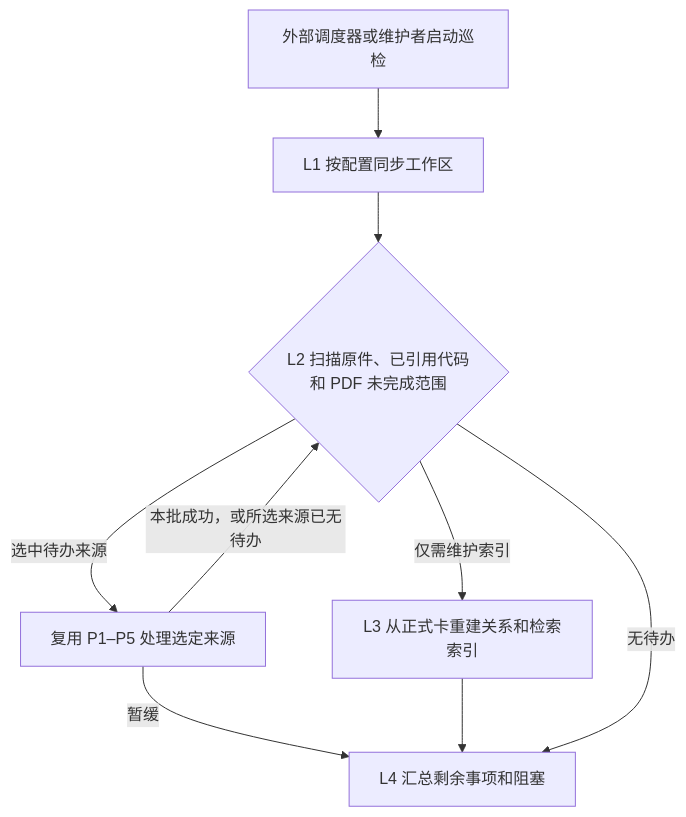
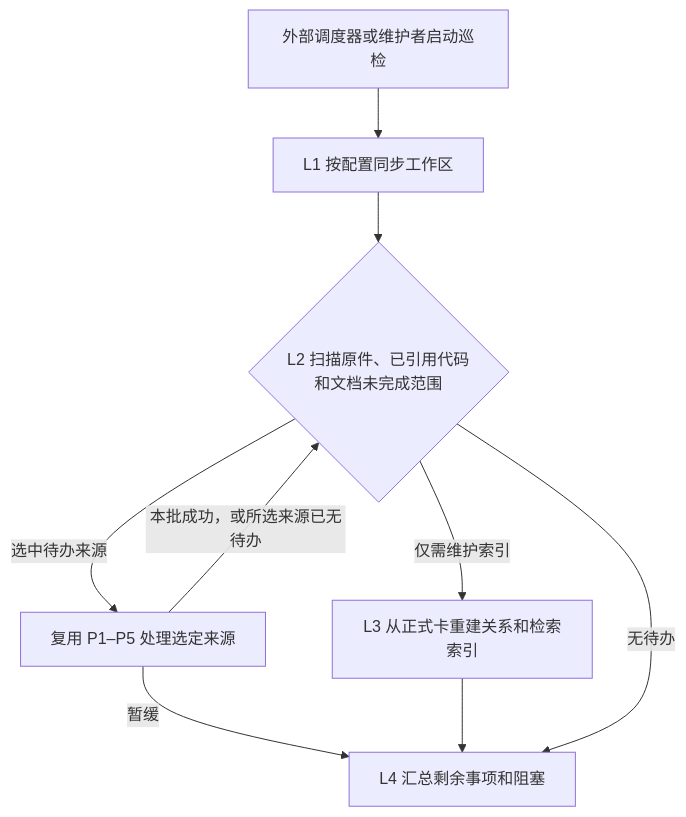
One commit to Robin-hhc/FactumCore changed the third of 3 diagrams in himate/himate-knowledge-wifi-mp/docs-llm-wiki/HiMate知识库架构设计.md. Above: the diagram before and after it, drawn with Mermaid. The commit also changed other lines of this file and 48 other files, not shown here.

````diff
--- a/himate/himate-knowledge-wifi-mp/docs-llm-wiki/HiMate知识库架构设计.md
+++ b/himate/himate-knowledge-wifi-mp/docs-llm-wiki/HiMate知识库架构设计.md
@@ -101,11 +101,11 @@
 ```mermaid
 flowchart TD
     A["外部调度器或维护者启动巡检"] --> L1["L1 按配置同步工作区"]
-    L1 --> L2{"L2 扫描原件、已引用代码<br/>和 PDF 未完成范围"}
+    L1 --> L2{"L2 扫描原件、已引用代码<br/>和文档未完成范围"}
     L2 -->|选中待办来源| P["复用 P1–P5 处理选定来源"]
     P -->|本批成功，或所选来源已无待办| L2
     P -->|暂缓| L4["L4 汇总剩余事项和阻塞"]
     L2 -->|仅需维护索引| L3["L3 从正式卡重建关系和检索索引"]
     L3 --> L4
     L2 -->|无待办| L4
 ```
````
